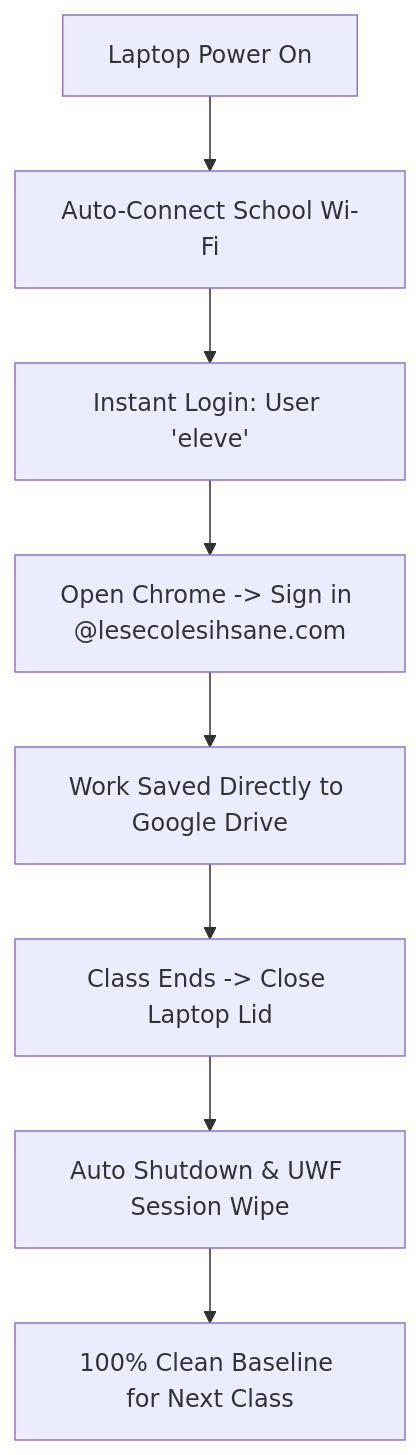
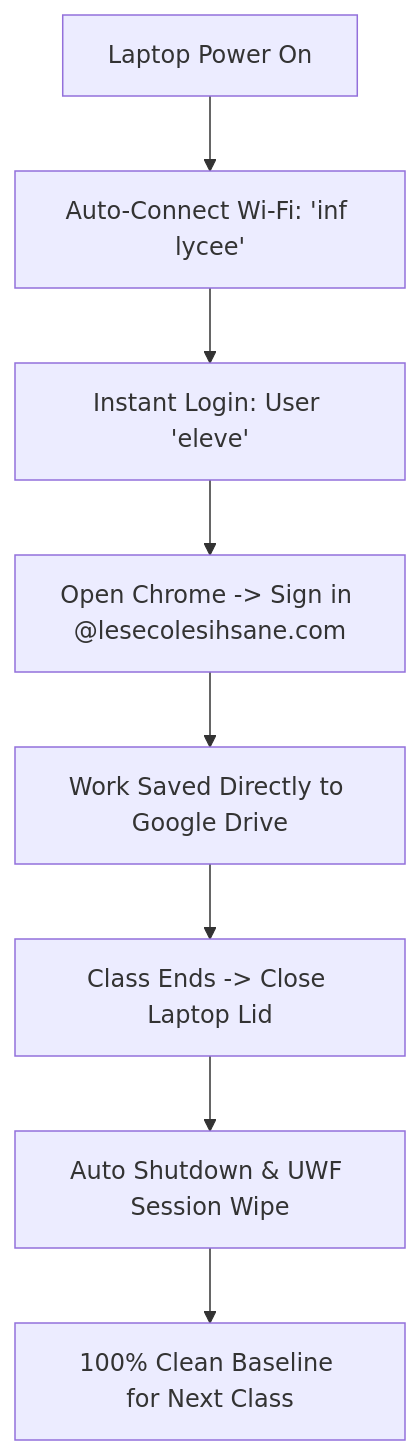
The diagram in README.md (noceir/AD_IHSANE), drawn with Mermaid before and after one commit. The commit also changed other lines of this file and 9 other files, not shown here.

Commit message:
Update project for Salle SILYCEE (29 computers, exclusive Wi-Fi 'inf lycee', program installation blocks)

````diff
--- a/README.md
+++ b/README.md
@@ -29,10 +29,10 @@
 ```mermaid
 graph TD
-    A[Laptop Power On] --> B[Auto-Connect School Wi-Fi]
+    A[Laptop Power On] --> B[Auto-Connect Wi-Fi: 'inf lycee']
     B --> C[Instant Login: User 'eleve']
     C --> D[Open Chrome -> Sign in @lesecolesihsane.com]
     D --> E[Work Saved Directly to Google Drive]
     E --> F[Class Ends -> Close Laptop Lid]
     F --> G[Auto Shutdown & UWF Session Wipe]
     G --> H[100% Clean Baseline for Next Class]
 ```
````
